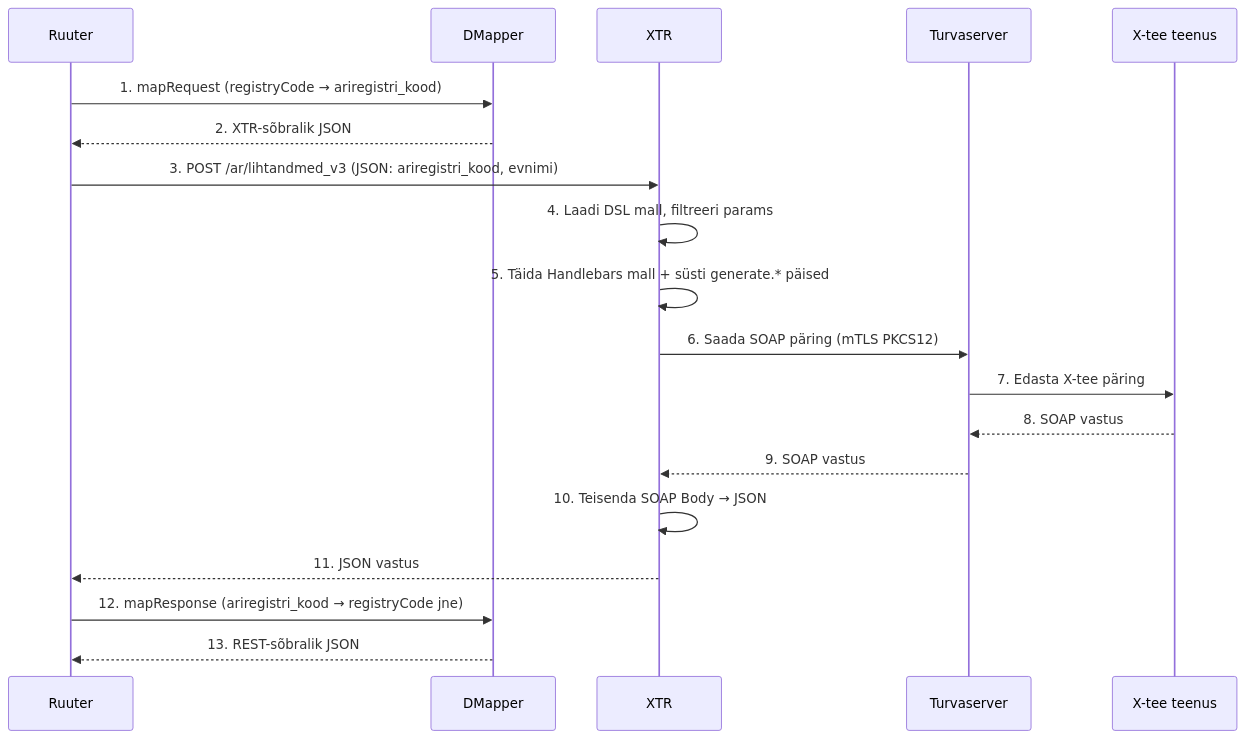
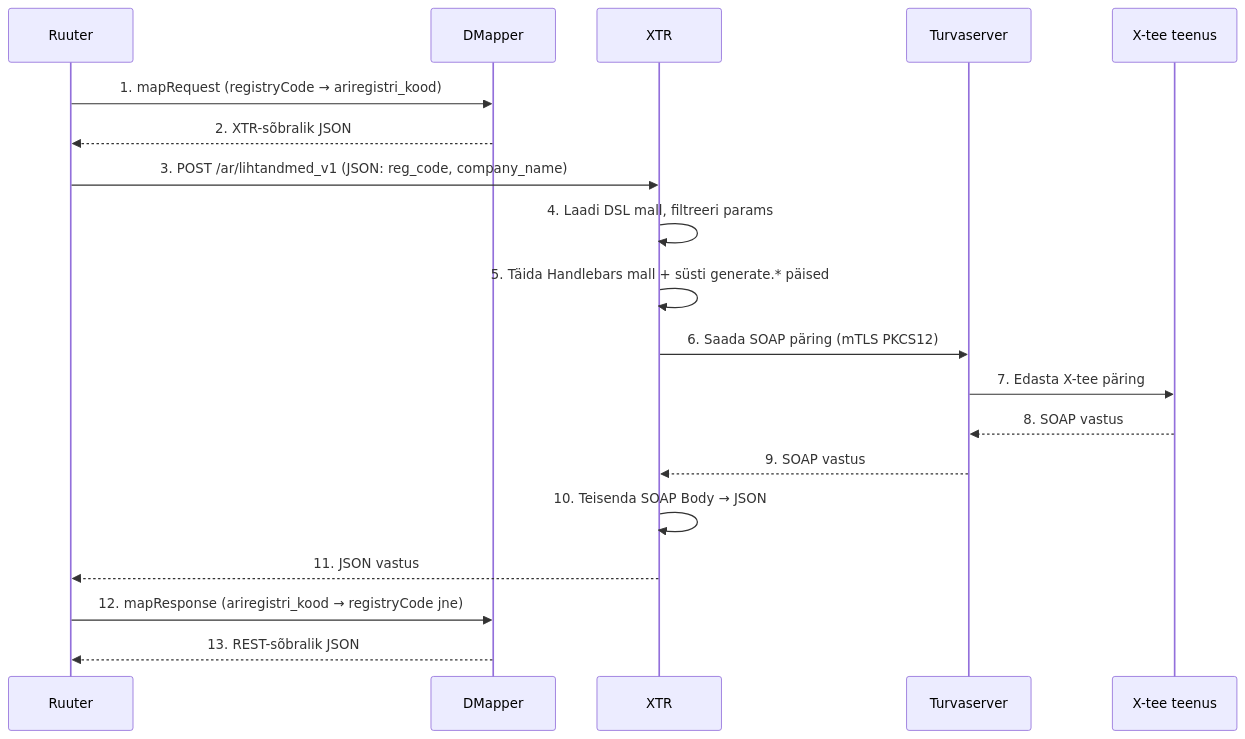
The second of 3 diagrams in docs/workingdocs/xtee_implementatsioon.md (kemit-ee/ljvis-2), drawn with Mermaid before and after one commit. The commit also changed other lines of this file and 1 other file, not shown here.

Commit message:
docs(xtee): sync lihtandmed/detailandmed refs to v1, add changelog entry

````diff
--- a/docs/workingdocs/xtee_implementatsioon.md
+++ b/docs/workingdocs/xtee_implementatsioon.md
@@ -71,22 +71,22 @@
 ```mermaid
 sequenceDiagram
     participant Ruuter as Ruuter
     participant DM as DMapper
     participant XTR as XTR
     participant TS as Turvaserver
     participant XT as X-tee teenus
 
     Ruuter->>DM: 1. mapRequest (registryCode → ariregistri_kood)
     DM-->>Ruuter: 2. XTR-sõbralik JSON
-    Ruuter->>XTR: 3. POST /ar/lihtandmed_v3 (JSON: ariregistri_kood, evnimi)
+    Ruuter->>XTR: 3. POST /ar/lihtandmed_v1 (JSON: reg_code, company_name)
     XTR->>XTR: 4. Laadi DSL mall, filtreeri params
     XTR->>XTR: 5. Täida Handlebars mall + süsti generate.* päised
     XTR->>TS: 6. Saada SOAP päring (mTLS PKCS12)
     TS->>XT: 7. Edasta X-tee päring
     XT-->>TS: 8. SOAP vastus
     TS-->>XTR: 9. SOAP vastus
     XTR->>XTR: 10. Teisenda SOAP Body → JSON
     XTR-->>Ruuter: 11. JSON vastus
     Ruuter->>DM: 12. mapResponse (ariregistri_kood → registryCode jne)
     DM-->>Ruuter: 13. REST-sõbralik JSON
 ```
````
